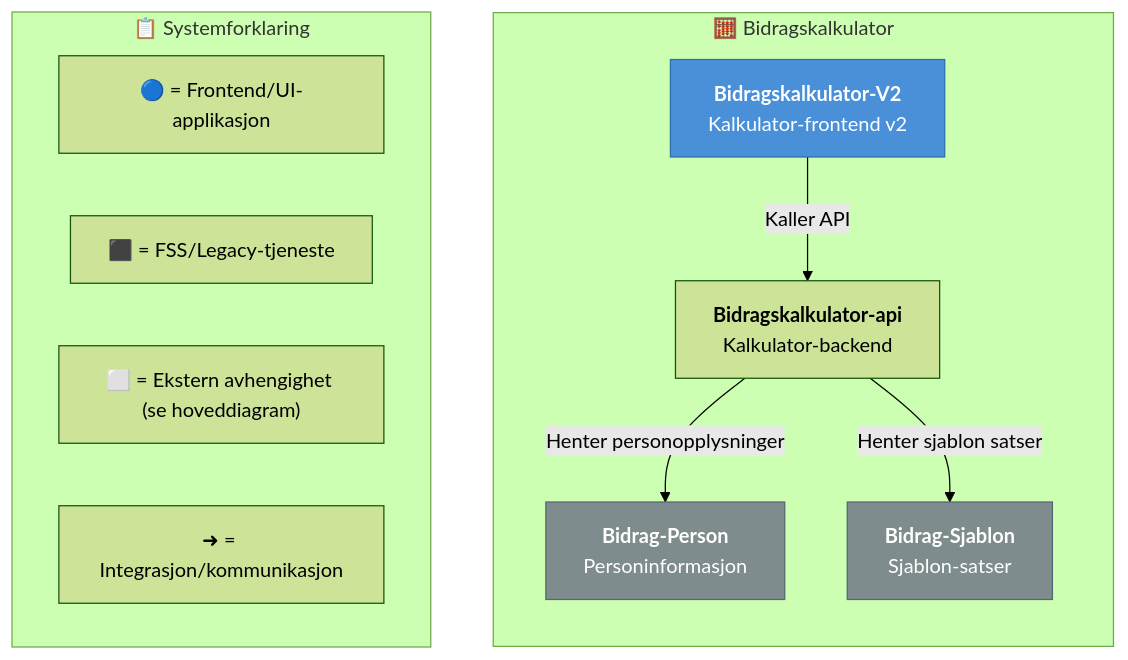
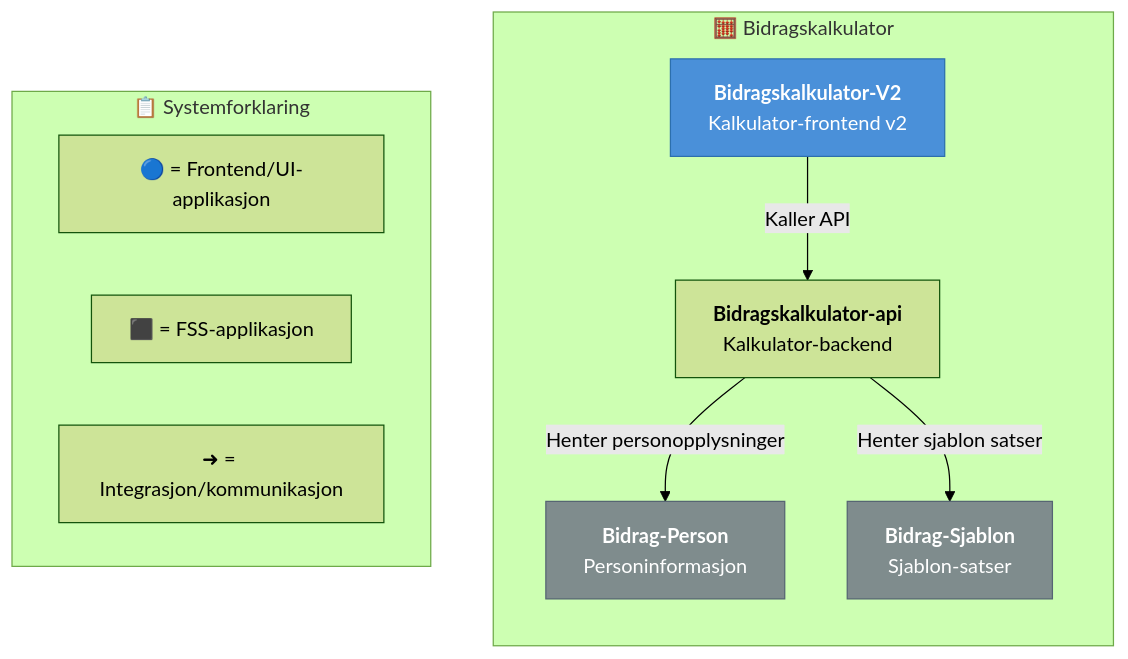
Before and after one commit to navikt/bidrag-dokumentasjon: the diagram in dokumentasjon/systemdokumentasjon/bidragskalkulator.mermaid, drawn with Mermaid (forest theme). The commit also changed 5 other files, not shown here.

```diff
--- a/dokumentasjon/systemdokumentasjon/bidragskalkulator.mermaid
+++ b/dokumentasjon/systemdokumentasjon/bidragskalkulator.mermaid
@@ -1,47 +1,46 @@
 ---
 config:
   layout: dagre
 ---
 graph TB
 
     classDef frontend fill:#4A90D9,color:#fff,stroke:#2c6fad
     classDef withDb fill:#E8A838,color:#fff,stroke:#b5852a
     classDef legacyFSS fill:#7F8C8D,color:#fff,stroke:#566573
     classDef utility fill:#27AE60,color:#fff,stroke:#1e8449
     classDef external fill:#BDC3C7,color:#333,stroke:#95A5A6,stroke-dasharray: 5 5
 
     subgraph Bidragskalkulator["🧮 Bidragskalkulator"]
         direction TB
 
         BidragskalkulatorApi["<b>Bidragskalkulator-api</b><br/>Kalkulator-backend"]
         BidragskalkulatorV2["<b>Bidragskalkulator-V2</b><br/>Kalkulator-frontend v2"]
 
         %% Eksterne avhengigheter
         BidragPerson["<b>Bidrag-Person</b><br/>Personinformasjon"]
         BidragSjablon["<b>Bidrag-Sjablon</b><br/>Sjablon-satser"]
     end
 
 
 
     %% Interne koblinger
     BidragskalkulatorV2 -->|Kaller API| BidragskalkulatorApi
 
     %% Utgående koblinger
     BidragskalkulatorApi -->|Henter personopplysninger| BidragPerson
     BidragskalkulatorApi -->|Henter sjablon satser| BidragSjablon
 
     %% Color assignments
     class BidragskalkulatorV2 frontend
     class BidragPerson,BidragSjablon legacyFSS
 
     click BidragskalkulatorApi visApplikasjon "Åpne applikasjonsbeskrivelse"
     click BidragskalkulatorV2 visApplikasjon "Åpne applikasjonsbeskrivelse"
     click BidragPerson visApplikasjon "Åpne applikasjonsbeskrivelse"
     click BidragSjablon visApplikasjon "Åpne applikasjonsbeskrivelse"
 
     subgraph Legend["📋 Systemforklaring"]
         LegendFrontend["🔵 = Frontend/UI-applikasjon"]
-        LegendFSS["⬛ = FSS/Legacy-tjeneste"]
-        LegendExternal["⬜ = Ekstern avhengighet (se hoveddiagram)"]
+        LegendFSS["⬛ = FSS-applikasjon"]
         LegendArrows["➜ = Integrasjon/kommunikasjon"]
     end
```
